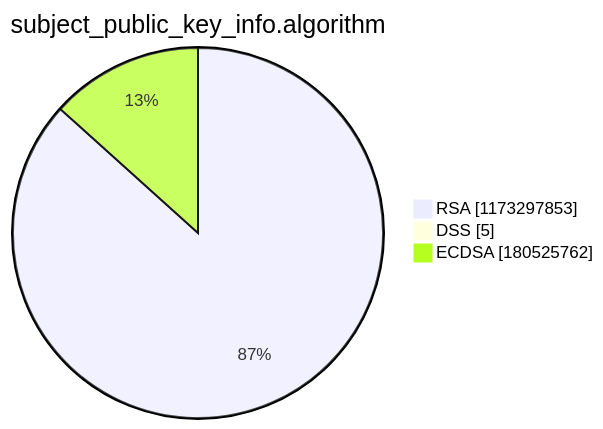
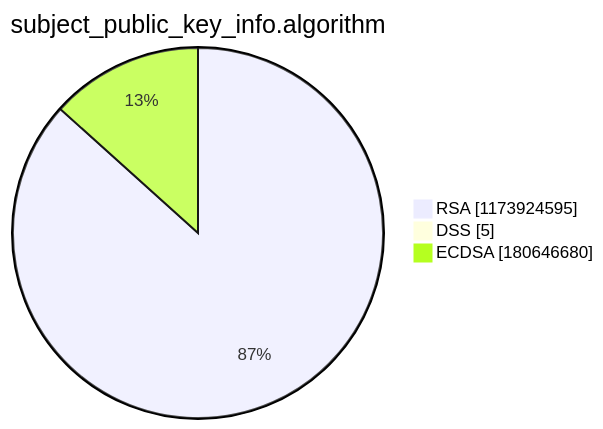
Before and after one commit to christiankrug/ctmonitor_visualization: the third of 15 diagrams in argon2022/README.md, drawn with Mermaid. The commit also changed other lines of this file, not shown here.

````diff
--- a/argon2022/README.md
+++ b/argon2022/README.md
@@ -14,7 +14,7 @@
 ```mermaid
 pie showData
 title subject_public_key_info.algorithm
-"RSA" :1173297853
+"RSA" :1173924595
 "DSS" :5
-"ECDSA" :180525762
+"ECDSA" :180646680
 ```
````
